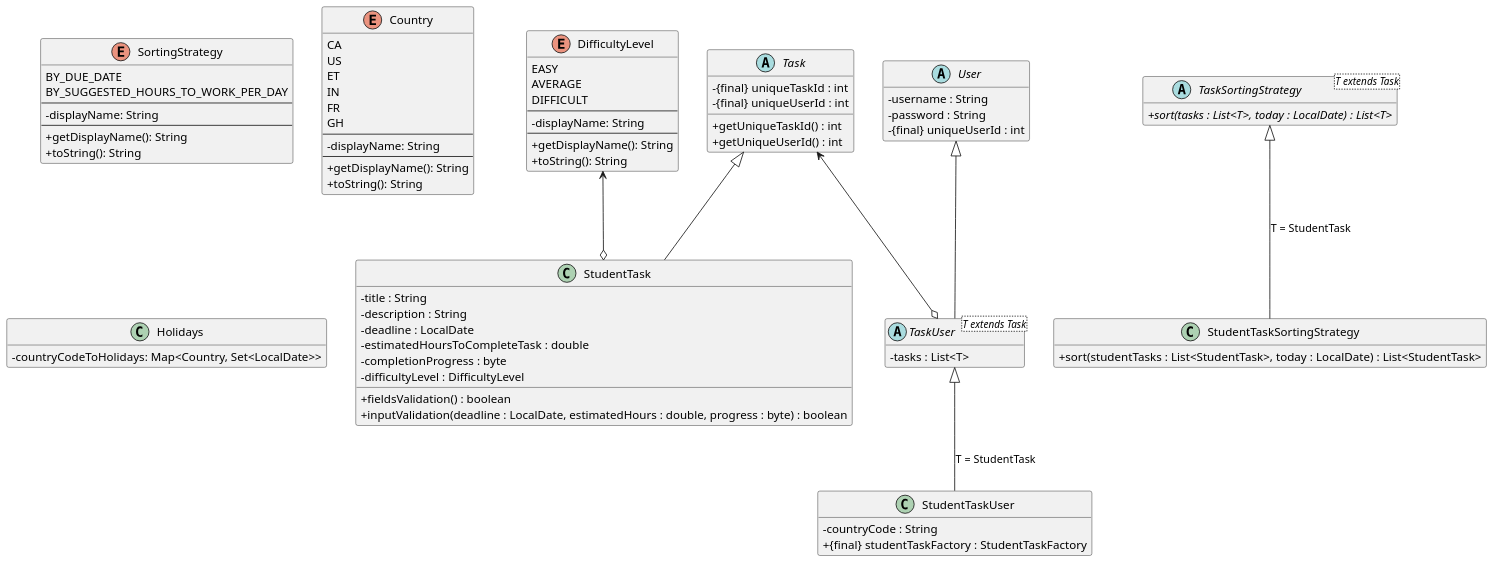
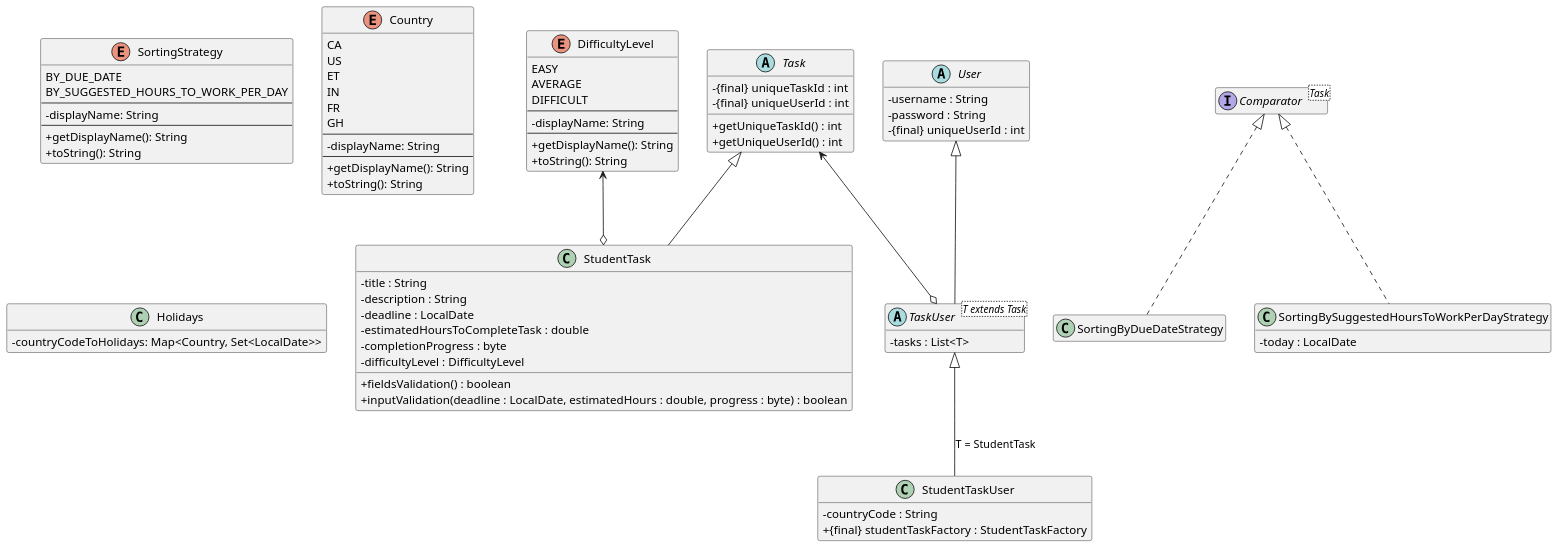
Before and after one commit to CSC207-2025F-UofT/team-project: the first of 2 diagrams in Entities.puml, drawn with PlantUML. The commit also changed other lines of this file and 3 other files, not shown here.

Commit message:
add GUI flow chart and revised entities

```diff
--- a/Entities.puml
+++ b/Entities.puml
@@ -1,132 +1,133 @@
 @startuml
 'https://plantuml.com/class-diagram
 ' `..|>` represents Interface Realization/Implementation (dashed line with an open arrow).
 ' `--|>` represents Inheritance/Generalization (solid line with an open arrow).
 ' `o-->` represents Aggregation (a hollow diamond pointing to the owner/container).
 '     The "\*" indicates multiplicity (e.g., Drawing holds multiple Shape objects).
 skinparam dpi 120
 skinparam classAttributeIconSize 0
 hide empty members
 
 ' ========
 ' Foundational entities
 ' ========
 
 ' The enumeration here must be properly ordered
 enum DifficultyLevel {
   EASY
   AVERAGE
   DIFFICULT
   --
   -displayName: String
   --
   +getDisplayName(): String
   +toString(): String
 }
 
 enum SortingStrategy {
   BY_DUE_DATE
   BY_SUGGESTED_HOURS_TO_WORK_PER_DAY
   --
   -displayName: String
   --
   +getDisplayName(): String
   +toString(): String
 }
 
 ' CA - Canada, US - USA, ET - Ethiopia, IN - India, FR - France, GH - Ghana
 ' There are more country codes, below is just an example.
 ' The implementation would contain a much more comprehensive list.
 enum Country {
   CA
   US
   ET
   IN
   FR
   GH
   --
   -displayName: String
   --
   +getDisplayName(): String
   +toString(): String
 }
 
 ' The `uniqueTaskId` is only unique per user
 ' The `uniqueUserId` reflects the user that owns the `Task`
 abstract class Task {
   - {final} uniqueTaskId : int
   - {final} uniqueUserId : int
   + getUniqueTaskId() : int
   + getUniqueUserId() : int
 }
 
 ' The `fieldsValidation()` method checks the following in the fields of the StudentTask object:
 ' - The estimated number of hours needed to complete the task must be positive
 ' - The completion progress must be an integer between 0 and 100. Both 0 and 100 are allowed.
 ' - The `deadline` field cannot be empty, and it can be a date that has already passed.
 ' - The `uniqueUserId` field cannot be 0 (the default initializing value)
 ' - Neither the title nor the description can be null, although they can be empty strings.
 ' - The difficulty level cannot be `null`.
 ' The constructor of `StudentTask` should use the method `fieldsValidation()` to double-check the validity of the
 '     object created, and throw an error if the item is not valid.
 ' The setter of `StudentTask` should use the method `fieldsValidation()` to double-check the validity of the object
 '     before and after the fields are changed, and throw an error if the item is not valid.
 ' The `inputValidation()` method checks the following inputs, which may or may not be fields of the StudentTask object.
 '     This method would be used in the setter methods of the following fields, before the changes, to prevent illegal
 '     inputs from modifying these fields of the `StudentTask` object. In addition, this method can be used in the use
 '     cases to prevent users from entering bad data, corrupting the `StudentTask`.
 ' - The `deadline`
 ' - The `estimated number of hours`
 ' - The `completion progress`
 class StudentTask {
   - title : String
   - description : String
   - deadline : LocalDate
   - estimatedHoursToCompleteTask : double
   - completionProgress : byte
   - difficultyLevel : DifficultyLevel
   + fieldsValidation() : boolean
   + inputValidation(deadline : LocalDate, estimatedHours : double, progress : byte) : boolean
 }
 
 abstract class User {
   - username : String
   - password : String
   - {final} uniqueUserId : int
 }
 
 abstract class TaskUser<T extends Task> {
   - tasks : List<T>
 }
 
 class StudentTaskUser {
   - countryCode : String
   + {final} studentTaskFactory : StudentTaskFactory
 }
 
-abstract class TaskSortingStrategy<T extends Task> {
-  + {abstract} sort(tasks : List<T>, today : LocalDate) : List<T>
+class SortingByDueDateStrategy {
 }
 
-class StudentTaskSortingStrategy {
-  + sort(studentTasks : List<StudentTask>, today : LocalDate) : List<StudentTask>
+class SortingBySuggestedHoursToWorkPerDayStrategy {
+  - today : LocalDate
 }
 
 ' Country code is in ISO 3166-1 alpha-2 code
 class Holidays {
   - countryCodeToHolidays: Map<Country, Set<LocalDate>>
 }
 
+interface Comparator<Task>
 
 Task <|-- StudentTask
 
 User <|-- TaskUser
 TaskUser <|-- StudentTaskUser : T = StudentTask
 
 Task <--o TaskUser
 
-TaskSortingStrategy <|-- StudentTaskSortingStrategy : T = StudentTask
-
 DifficultyLevel <--o StudentTask
 
+Comparator <|.. SortingByDueDateStrategy
+Comparator <|.. SortingBySuggestedHoursToWorkPerDayStrategy
+
 @enduml
```
